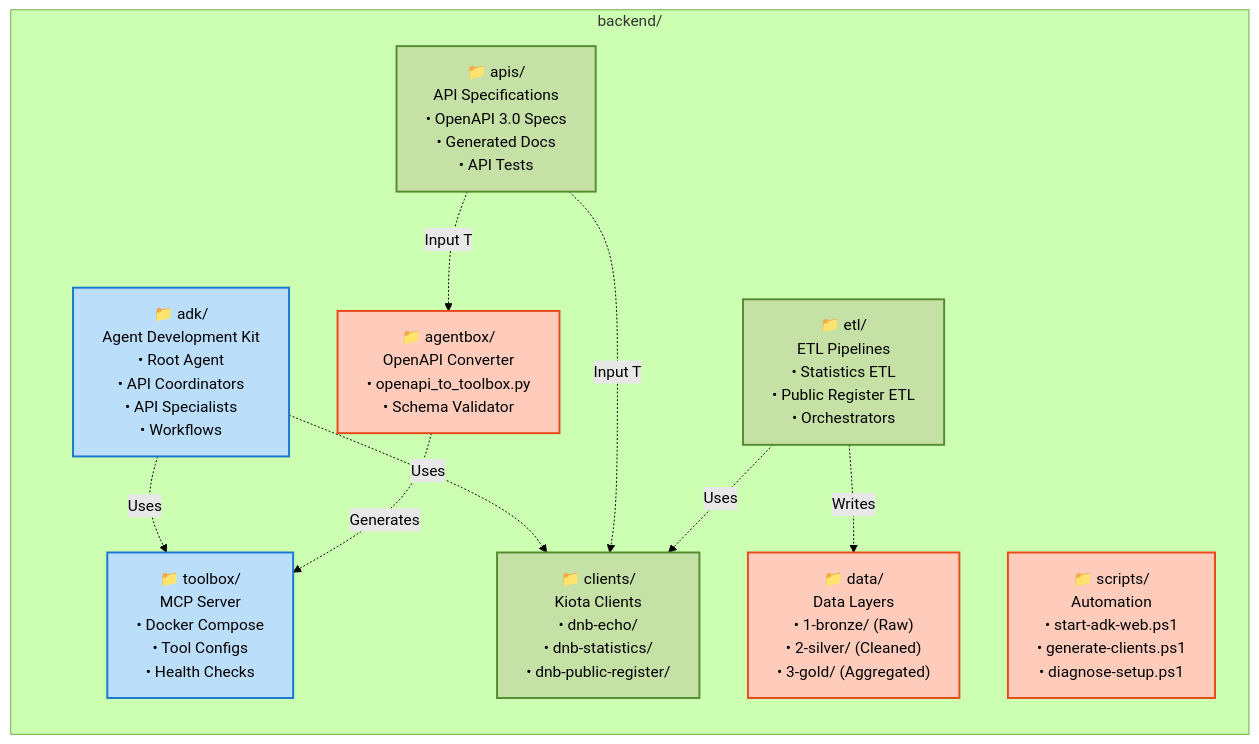
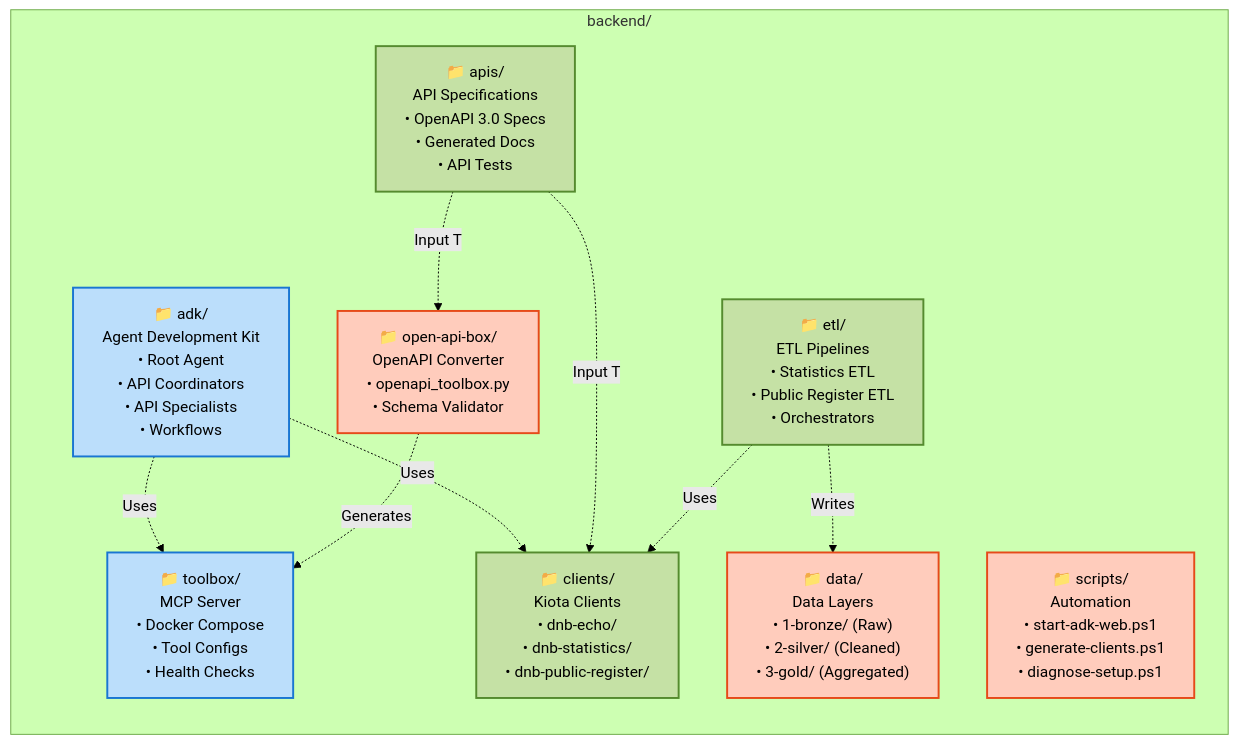
One commit to Px8Studio/adk-python changed the second of 13 diagrams in backend/ARCHITECTURE_MERMAID.md. Above: the diagram before and after it, drawn with Mermaid (forest theme). The commit also changed other lines of this file and 4 other files, not shown here.

Commit message:
feat: Update documentation for multi-agent system and OpenAPI conversion tools

````diff
--- a/backend/ARCHITECTURE_MERMAID.md
+++ b/backend/ARCHITECTURE_MERMAID.md
@@ -119,29 +119,29 @@
 ```mermaid
 graph LR
     subgraph Backend["backend/"]
         ADK["📁 adk/<br/>Agent Development Kit<br/>• Root Agent<br/>• API Coordinators<br/>• API Specialists<br/>• Workflows"]
         APIs["📁 apis/<br/>API Specifications<br/>• OpenAPI 3.0 Specs<br/>• Generated Docs<br/>• API Tests"]
-        AgentBox["📁 agentbox/<br/>OpenAPI Converter<br/>• openapi_to_toolbox.py<br/>• Schema Validator"]
+        OpenAPIBox["📁 open-api-box/<br/>OpenAPI Converter<br/>• openapi_toolbox.py<br/>• Schema Validator"]
         Toolbox["📁 toolbox/<br/>MCP Server<br/>• Docker Compose<br/>• Tool Configs<br/>• Health Checks"]
         Clients["📁 clients/<br/>Kiota Clients<br/>• dnb-echo/<br/>• dnb-statistics/<br/>• dnb-public-register/"]
         ETL["📁 etl/<br/>ETL Pipelines<br/>• Statistics ETL<br/>• Public Register ETL<br/>• Orchestrators"]
         Scripts["📁 scripts/<br/>Automation<br/>• start-adk-web.ps1<br/>• generate-clients.ps1<br/>• diagnose-setup.ps1"]
         Data["📁 data/<br/>Data Layers<br/>• 1-bronze/ (Raw)<br/>• 2-silver/ (Cleaned)<br/>• 3-gold/ (Aggregated)"]
     end
 
     ADK -.Uses.-> Toolbox
     ADK -.Uses.-> Clients
-    AgentBox -.Generates.-> Toolbox
-    APIs -.Input To.-> AgentBox
+    OpenAPIBox -.Generates.-> Toolbox
+    APIs -.Input To.-> OpenAPIBox
     APIs -.Input To.-> Clients
     ETL -.Uses.-> Clients
     ETL -.Writes.-> Data
 
     classDef primary fill:#bbdefb,stroke:#1976d2,stroke-width:2px
     classDef secondary fill:#c5e1a5,stroke:#558b2f,stroke-width:2px
     classDef utility fill:#ffccbc,stroke:#e64a19,stroke-width:2px
     
     class ADK,Toolbox primary
     class APIs,Clients,ETL secondary
-    class AgentBox,Scripts,Data utility
+    class OpenAPIBox,Scripts,Data utility
 ```
````
